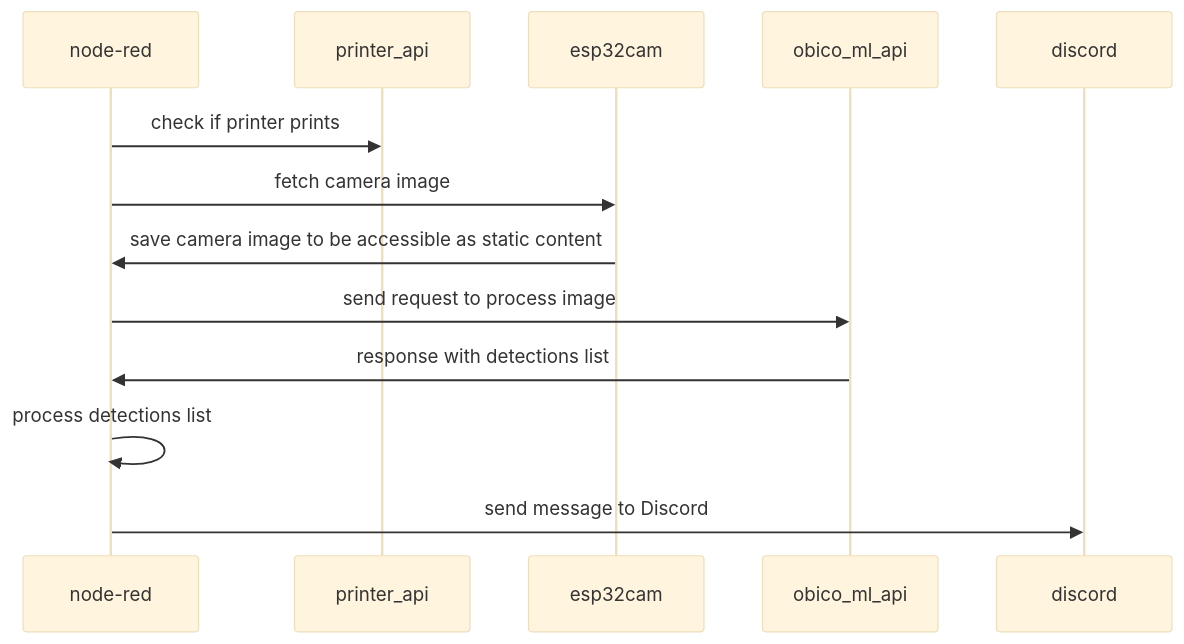
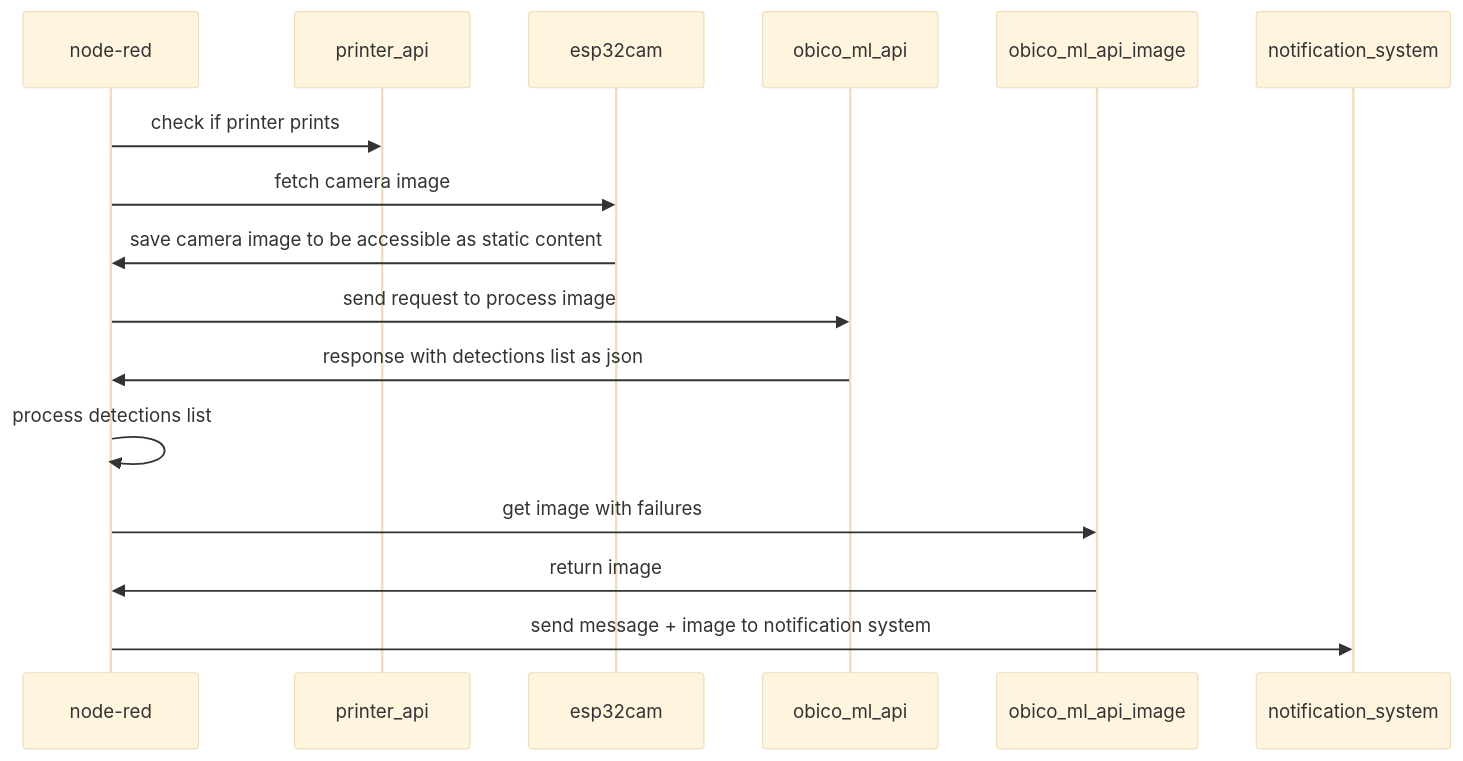
Before and after one commit to nvtkaszpir/3d-print: the diagram in obico-ml-api-only/README.md, drawn with Mermaid (base theme). The commit also changed other lines of this file and 3 other files, not shown here.

Commit message:
obico-ml-api-only add node-red flow

````diff
--- a/obico-ml-api-only/README.md
+++ b/obico-ml-api-only/README.md
@@ -225,11 +250,13 @@
 ```mermaid
 sequenceDiagram
     node-red->>printer_api: check if printer prints
     node-red->>esp32cam: fetch camera image
     esp32cam->>node-red: save camera image to be accessible as static content
     node-red->>obico_ml_api: send request to process image
-    obico_ml_api->>node-red: response with detections list
+    obico_ml_api->>node-red: response with detections list as json
     node-red->>node-red: process detections list
-    node-red->>discord: send message to Discord
+    node-red->>obico_ml_api_image: get image with failures
+    obico_ml_api_image->>node-red: return image
+    node-red->>notification_system: send message + image to notification system
 
 ```
````
